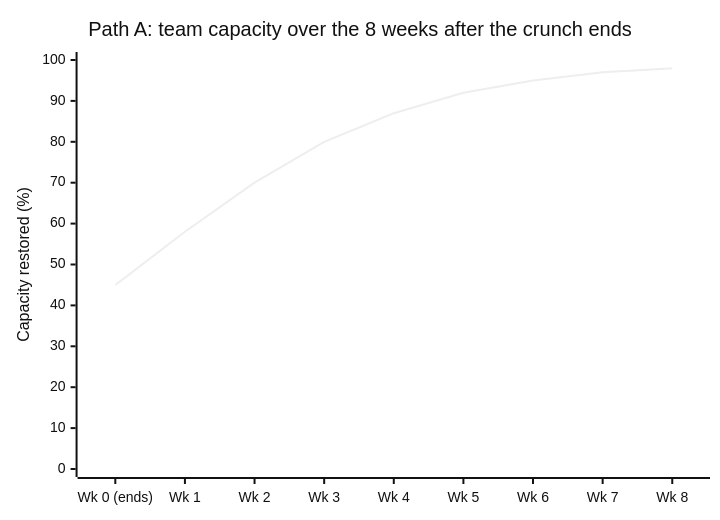
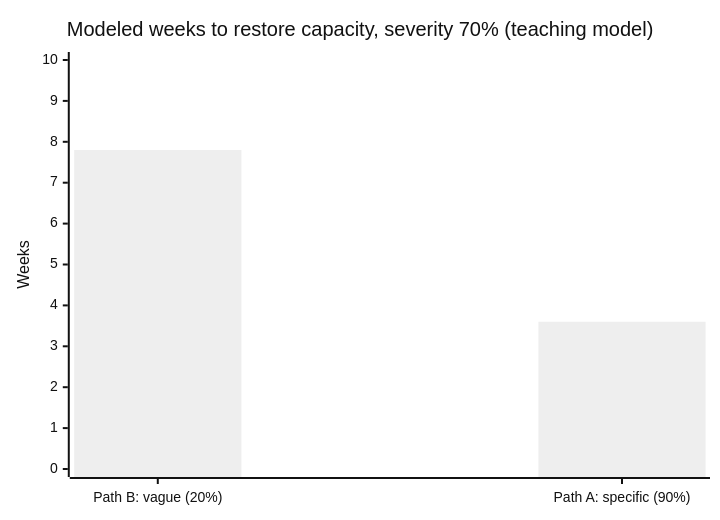
Before and after one commit to francoandreDev/knowledge: the diagram in src/content/sustainable-performance/recovery-practices-crunch/L3-deep-dive.mdx, drawn with Mermaid (neutral theme). The commit also changed other lines of this file and 24 other files, not shown here.

````diff
--- a/src/content/sustainable-performance/recovery-practices-crunch/L3-deep-dive.mdx
+++ b/src/content/sustainable-performance/recovery-practices-crunch/L3-deep-dive.mdx
@@ -97,7 +94,7 @@
 ```mermaid
 xychart-beta
-    title "Path A: team capacity over the 8 weeks after the crunch ends"
-    x-axis ["Wk 0 (ends)", "Wk 1", "Wk 2", "Wk 3", "Wk 4", "Wk 5", "Wk 6", "Wk 7", "Wk 8"]
-    y-axis "Capacity restored (%)" 0 --> 100
-    line [45, 58, 70, 80, 87, 92, 95, 97, 98]
+    title "Modeled weeks to restore capacity, severity 70% (teaching model)"
+    x-axis ["Path B: vague (20%)", "Path A: specific (90%)"]
+    y-axis "Weeks" 0 --> 10
+    bar [7.8, 3.6]
 ```
````
